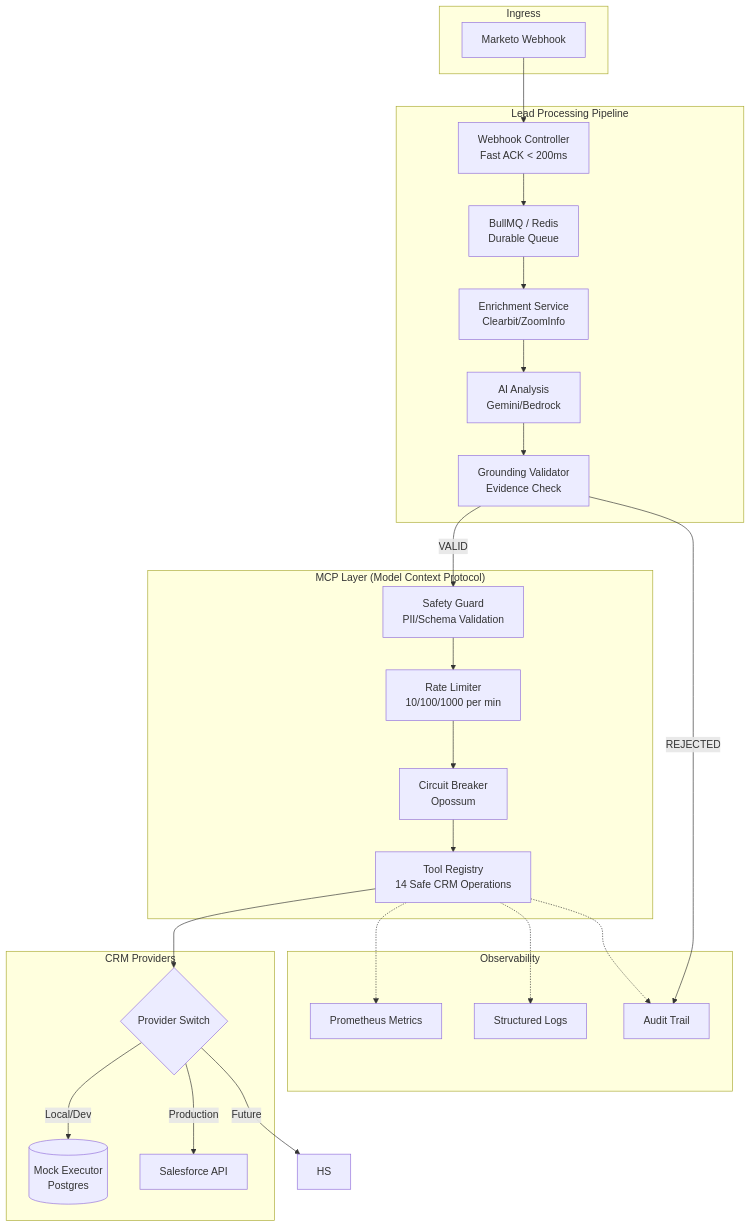
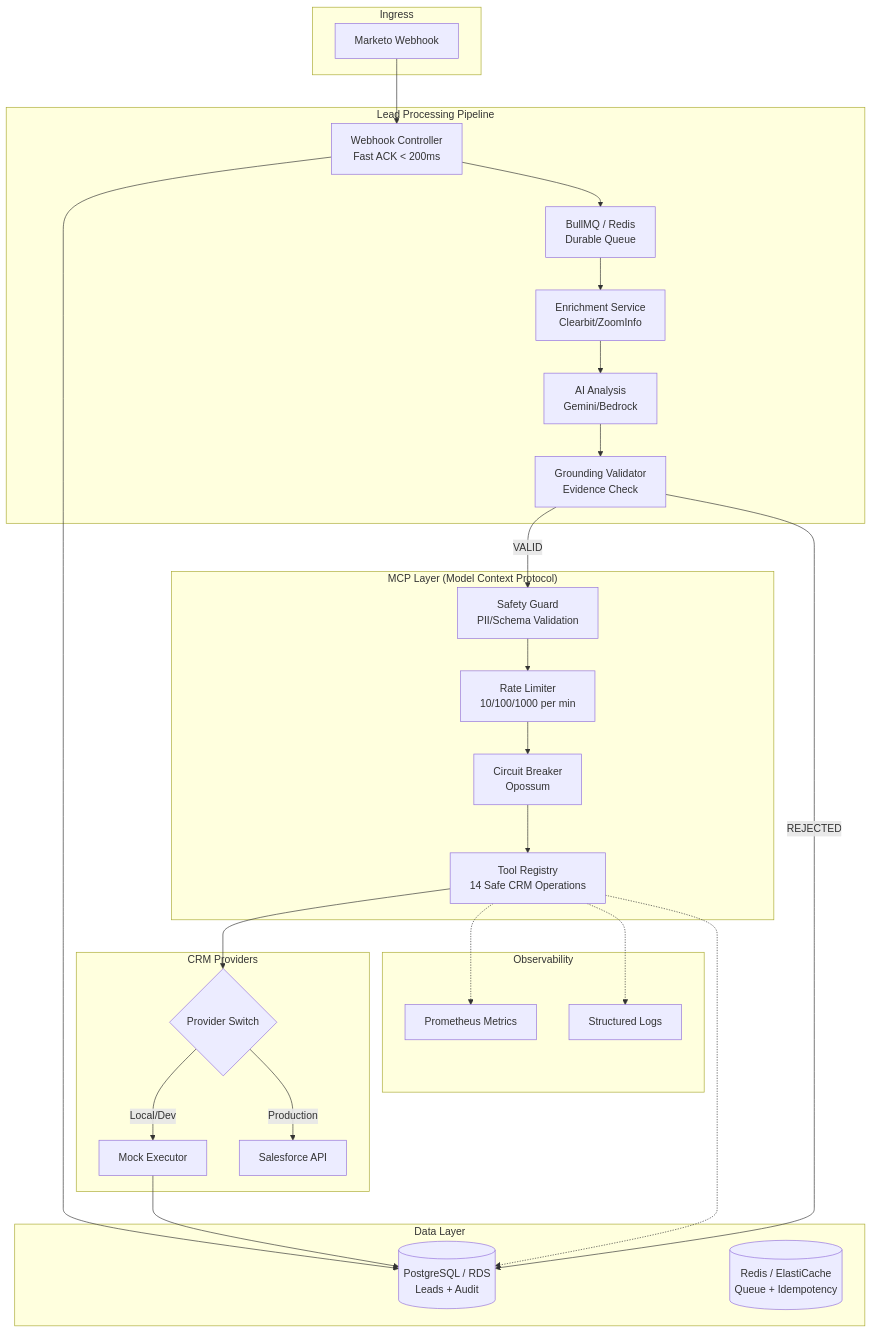
One commit to sphoortimirji5/Lead-to-Revenue-Catalyst changed the first of 2 diagrams in README.md. Above: the diagram before and after it, drawn with Mermaid. The commit also changed other lines of this file and 6 other files, not shown here.

Commit message:
Consolidate docs, add RDS terraform, update architecture

````diff
--- a/README.md
+++ b/README.md
@@ -38,51 +38,56 @@
 ```mermaid
 flowchart TB
     subgraph Ingress["Ingress"]
         M[Marketo Webhook]
     end
 
     subgraph Pipeline["Lead Processing Pipeline"]
         C[Webhook Controller<br/>Fast ACK < 200ms]
         Q[BullMQ / Redis<br/>Durable Queue]
         E[Enrichment Service<br/>Clearbit/ZoomInfo]
         AI[AI Analysis<br/>Gemini/Bedrock]
         G[Grounding Validator<br/>Evidence Check]
     end
 
     subgraph MCP["MCP Layer (Model Context Protocol)"]
         S[Safety Guard<br/>PII/Schema Validation]
         R[Rate Limiter<br/>10/100/1000 per min]
         CB[Circuit Breaker<br/>Opossum]
         T[Tool Registry<br/>14 Safe CRM Operations]
     end
 
+    subgraph Storage["Data Layer"]
+        DB[(PostgreSQL / RDS<br/>Leads + Audit)]
+        REDIS[(Redis / ElastiCache<br/>Queue + Idempotency)]
+    end
+
     subgraph CRM["CRM Providers"]
         P{Provider Switch}
-        MOCK[(Mock Executor<br/>Postgres)]
+        MOCK[Mock Executor]
         SF[Salesforce API]
     end
 
     subgraph Observability["Observability"]
         MET[Prometheus Metrics]
         LOG[Structured Logs]
-        AUDIT[Audit Trail]
     end
 
     M --> C
+    C --> DB
     C --> Q
     Q --> E
     E --> AI
     AI --> G
     G -->|VALID| S
-    G -->|REJECTED| AUDIT
+    G -->|REJECTED| DB
     S --> R
     R --> CB
     CB --> T
     T --> P
     P -->|Local/Dev| MOCK
     P -->|Production| SF
-    P -->|Future| HS
+    MOCK --> DB
     T -.-> MET
     T -.-> LOG
-    T -.-> AUDIT
+    T -.-> DB
 ```
````
